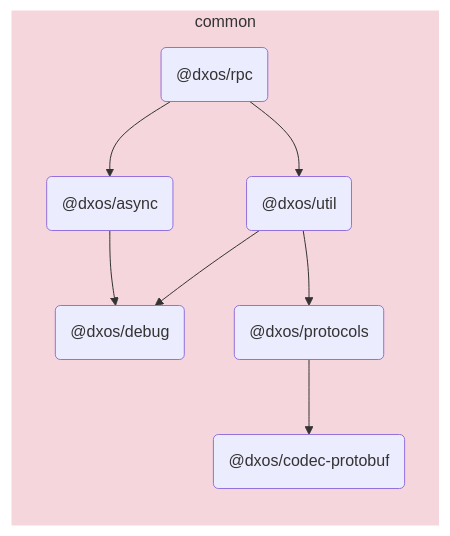
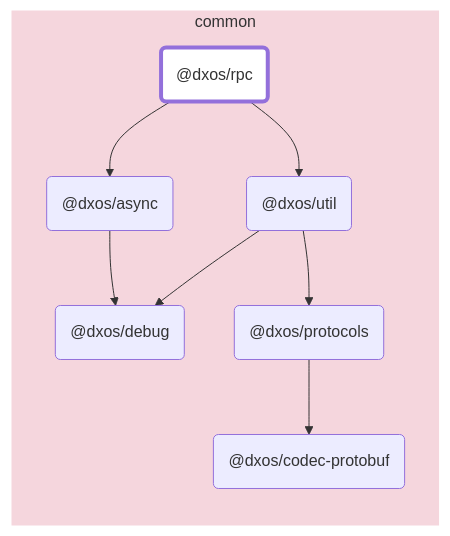
One commit to dxos/dxos changed the diagram in packages/common/rpc/docs/README.md. Above: the diagram before and after it, drawn with Mermaid. The commit also changed other lines of this file and 88 other files, not shown here.

````diff
--- a/packages/common/rpc/docs/README.md
+++ b/packages/common/rpc/docs/README.md
@@ -5,20 +7,28 @@
 ```mermaid
 flowchart LR;
+
+style dxos/rpc fill:#fff,stroke-width:4px;
+
+click dxos/async "https:/github.com/dxos/dxos/tree/main/packages/common/async/docs";
+click dxos/debug "https:/github.com/dxos/dxos/tree/main/packages/common/debug/docs";
+click dxos/codec-protobuf "https:/github.com/dxos/dxos/tree/main/packages/common/codec-protobuf/docs";
+click dxos/protocols "https:/github.com/dxos/dxos/tree/main/packages/common/protocols/docs";
+click dxos/util "https:/github.com/dxos/dxos/tree/main/packages/common/util/docs";
 
 subgraph common
   style common fill:#f5d6dd,stroke:#fff;
   dxos/rpc("@dxos/rpc");
   dxos/async("@dxos/async");
   dxos/debug("@dxos/debug");
   dxos/codec-protobuf("@dxos/codec-protobuf");
   dxos/protocols("@dxos/protocols");
   dxos/util("@dxos/util");
 end
 
 dxos/rpc --> dxos/async;
 dxos/async --> dxos/debug;
 dxos/protocols --> dxos/codec-protobuf;
 dxos/rpc --> dxos/util;
 dxos/util --> dxos/debug;
 dxos/util --> dxos/protocols;
 ```
````
